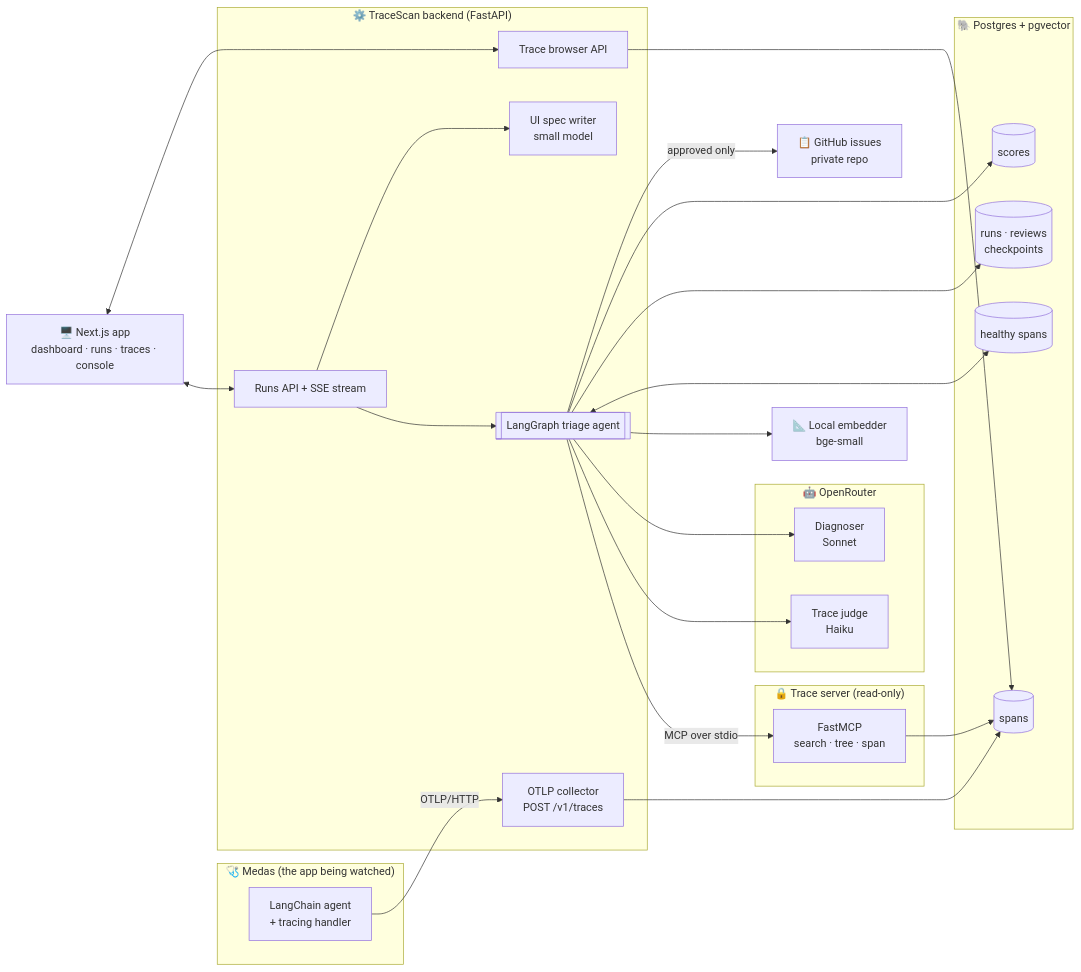
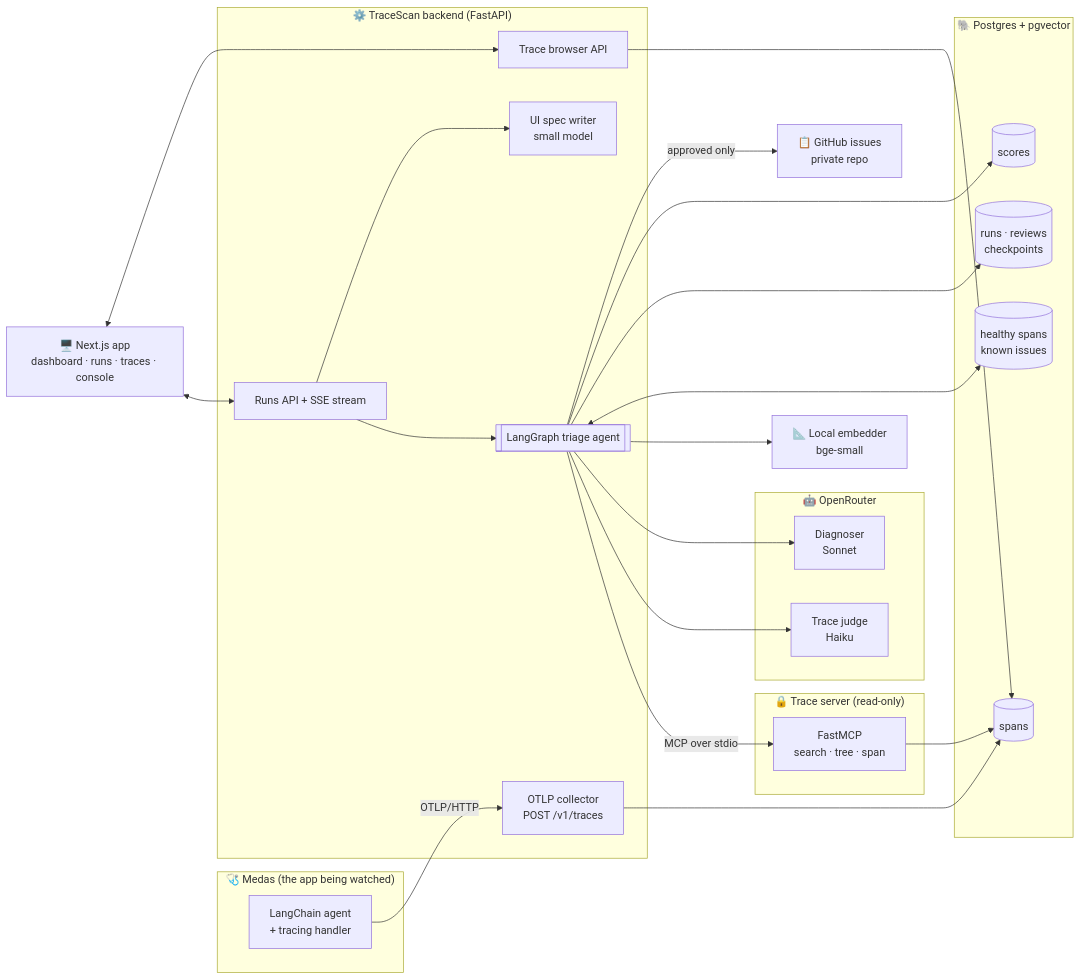
Before and after one commit to Nelev/tracescan: the first of 3 diagrams in README.md, drawn with Mermaid. The commit also changed other lines of this file, not shown here.

````diff
--- a/README.md
+++ b/README.md
@@ -201,48 +209,48 @@
 ```mermaid
 flowchart LR
     subgraph medas["🩺 Medas (the app being watched)"]
         M[LangChain agent<br/>+ tracing handler]
     end
 
     subgraph backend["⚙️ TraceScan backend (FastAPI)"]
         C[OTLP collector<br/>POST /v1/traces]
         API[Runs API + SSE stream]
         TB[Trace browser API]
         G[[LangGraph triage agent]]
         UI[UI spec writer<br/>small model]
     end
 
     subgraph mcp["🔒 Trace server (read-only)"]
         S[FastMCP<br/>search · tree · span]
     end
 
     subgraph db["🐘 Postgres + pgvector"]
         SP[(spans)]
         SC[(scores)]
-        HS[(healthy spans)]
+        HS[(healthy spans<br/>known issues)]
         RN[(runs · reviews<br/>checkpoints)]
     end
 
     subgraph llm["🤖 OpenRouter"]
         J[Trace judge<br/>Haiku]
         D[Diagnoser<br/>Sonnet]
     end
 
     FE[🖥️ Next.js app<br/>dashboard · runs · traces · console]
     GH[📋 GitHub issues<br/>private repo]
     EMB[📐 Local embedder<br/>bge-small]
 
     M -- OTLP/HTTP --> C --> SP
     FE <--> API
     FE <--> TB --> SP
     API --> G
     API --> UI
     G -- MCP over stdio --> S --> SP
     G --> J
     G --> D
     G --> EMB
     G <--> HS
     G --> RN
     G --> SC
     G -- approved only --> GH
 ```
````
